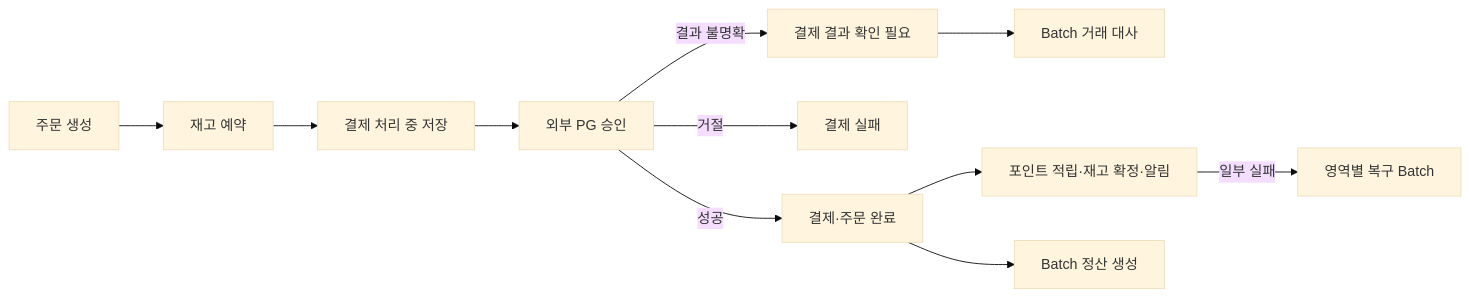
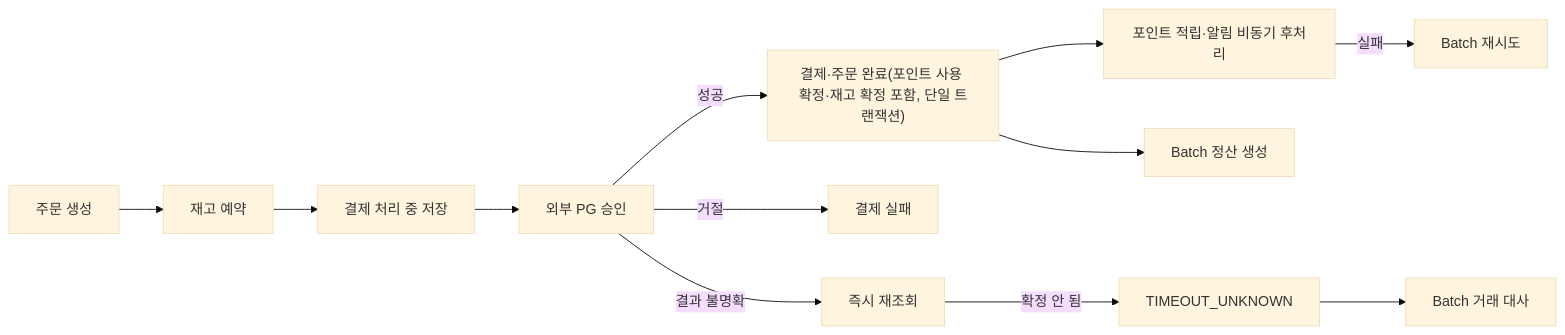
One commit to PocketPayStore/PocketPay_Core changed the diagram in README.md. Above: the diagram before and after it, drawn with Mermaid (base theme). The commit also changed other lines of this file, not shown here.

```diff
--- a/README.md
+++ b/README.md
@@ -34,13 +36,14 @@
 ~~~mermaid
 flowchart LR
     A[주문 생성] --> B[재고 예약]
     B --> C[결제 처리 중 저장]
     C --> D[외부 PG 승인]
-    D -->|성공| E[결제·주문 완료]
+    D -->|성공| E["결제·주문 완료(포인트 사용 확정·재고 확정 포함, 단일 트랜잭션)"]
     D -->|거절| F[결제 실패]
-    D -->|결과 불명확| G[결제 결과 확인 필요]
-    G --> H[Batch 거래 대사]
-    E --> I[포인트 적립·재고 확정·알림]
-    I -->|일부 실패| J[영역별 복구 Batch]
-    E --> K[Batch 정산 생성]
+    D -->|결과 불명확| G[즉시 재조회]
+    G -->|확정 안 됨| H[TIMEOUT_UNKNOWN]
+    H --> I[Batch 거래 대사]
+    E --> J[포인트 적립·알림 비동기 후처리]
+    J -->|실패| K[Batch 재시도]
+    E --> L[Batch 정산 생성]
 ~~~
```
